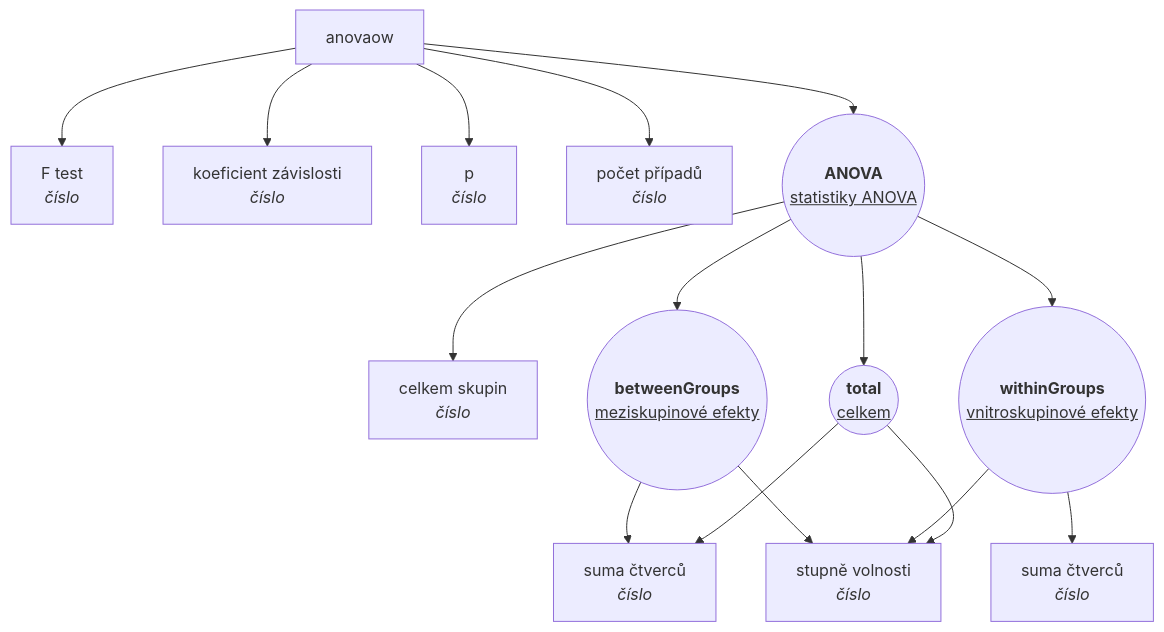
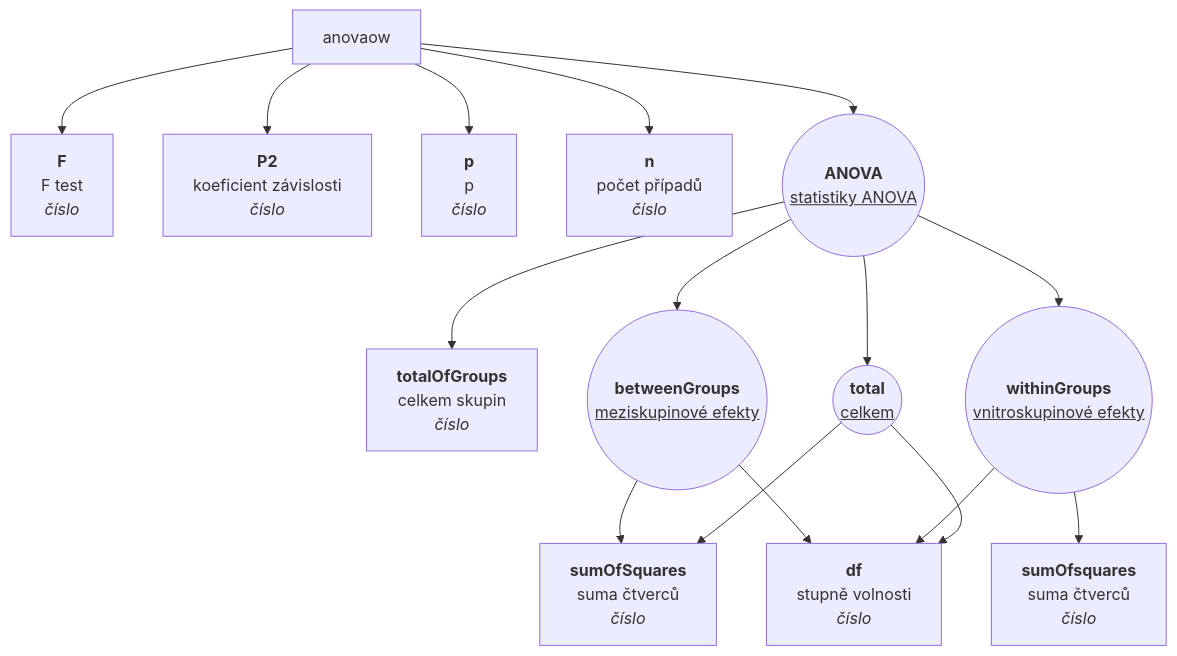
One commit to muzikp/retusa changed the second of 3 diagrams in md-test.md. Above: the diagram before and after it, drawn with Mermaid. The commit also changed other lines of this file, not shown here.

````diff
--- a/md-test.md
+++ b/md-test.md
@@ -93,19 +93,19 @@
 ```mermaid
 graph TD
-anovaow --> F[F test <br><i>číslo</i>]
-anovaow --> P2[koeficient závislosti <br><i>číslo</i>]
-anovaow --> p[p <br><i>číslo</i>]
-anovaow --> n[počet případů <br><i>číslo</i>]
+anovaow --> F[<b>F</b><br>F test <br><i>číslo</i>]
+anovaow --> P2[<b>P2</b><br>koeficient závislosti <br><i>číslo</i>]
+anovaow --> p[<b>p</b><br>p <br><i>číslo</i>]
+anovaow --> n[<b>n</b><br>počet případů <br><i>číslo</i>]
 anovaow --> ANOVA((<b>ANOVA</b><br><u>statistiky ANOVA</u>))
-ANOVA --> totalOfGroups[celkem skupin <br><i>číslo</i>]
+ANOVA --> totalOfGroups[<b>totalOfGroups</b><br>celkem skupin <br><i>číslo</i>]
 ANOVA --> betweenGroups((<b>betweenGroups</b><br><u>meziskupinové efekty</u>))
-betweenGroups --> sumOfSquares[suma čtverců <br><i>číslo</i>]
-betweenGroups --> df[stupně volnosti <br><i>číslo</i>]
+betweenGroups --> sumOfSquares[<b>sumOfSquares</b><br>suma čtverců <br><i>číslo</i>]
+betweenGroups --> df[<b>df</b><br>stupně volnosti <br><i>číslo</i>]
 ANOVA --> withinGroups((<b>withinGroups</b><br><u>vnitroskupinové efekty</u>))
-withinGroups --> sumOfsquares[suma čtverců <br><i>číslo</i>]
-withinGroups --> df[stupně volnosti <br><i>číslo</i>]
+withinGroups --> sumOfsquares[<b>sumOfsquares</b><br>suma čtverců <br><i>číslo</i>]
+withinGroups --> df[<b>df</b><br>stupně volnosti <br><i>číslo</i>]
 ANOVA --> total((<b>total</b><br><u>celkem</u>))
-total --> sumOfSquares[suma čtverců <br><i>číslo</i>]
-total --> df[stupně volnosti <br><i>číslo</i>]
+total --> sumOfSquares[<b>sumOfSquares</b><br>suma čtverců <br><i>číslo</i>]
+total --> df[<b>df</b><br>stupně volnosti <br><i>číslo</i>]
 
 ```
````
